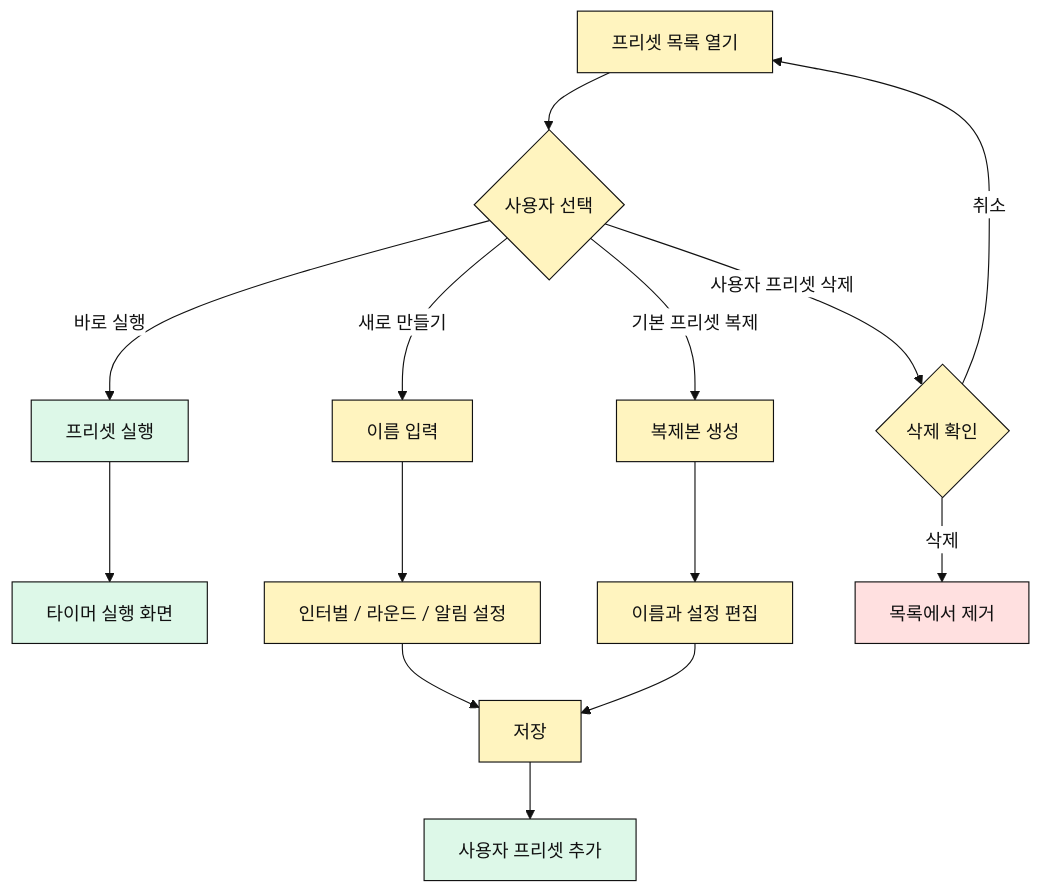
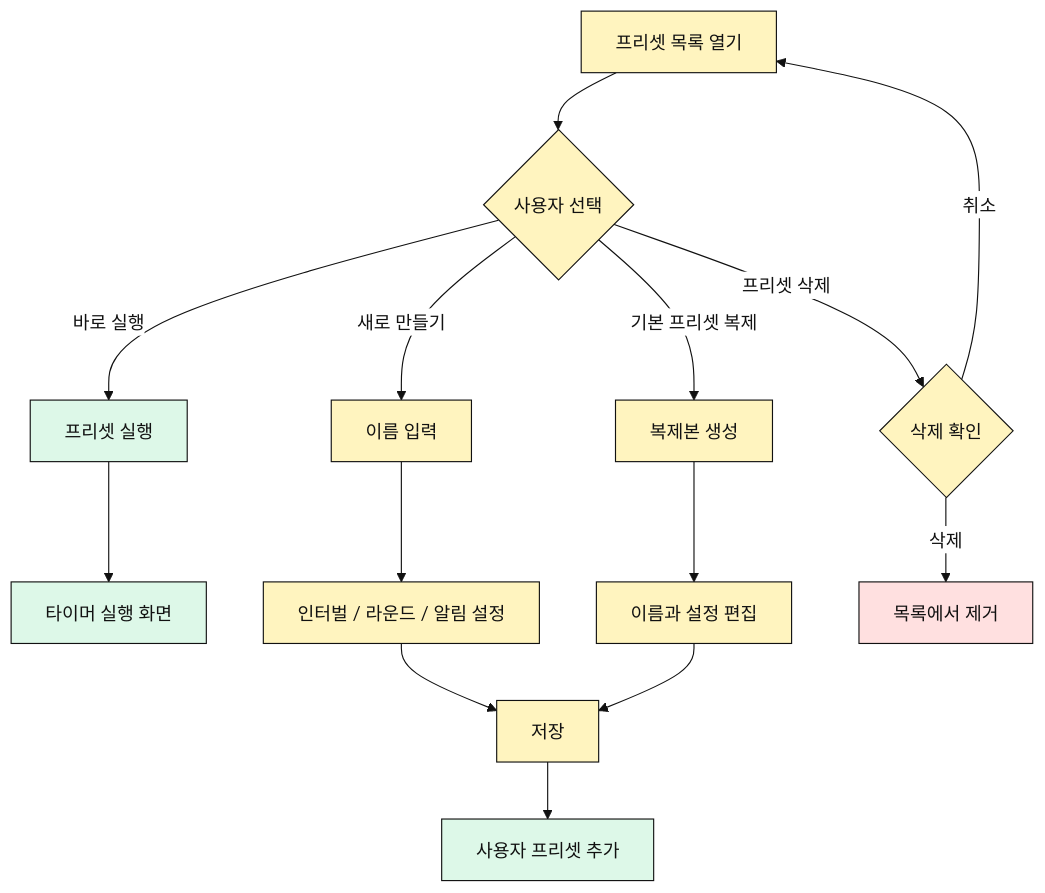
One commit to KalGookSoo/tempo changed the diagram in docs/use-cases/preset-management.md. Above: the diagram before and after it, drawn with Mermaid. The commit also changed other lines of this file and 15 other files, not shown here.

````diff
--- a/docs/use-cases/preset-management.md
+++ b/docs/use-cases/preset-management.md
@@ -42,24 +42,24 @@
 ```mermaid
 %%{init: {"theme": "base", "themeVariables": {"background": "transparent", "primaryColor": "#FFFFFF", "primaryTextColor": "#111111", "primaryBorderColor": "#111111", "lineColor": "#111111", "tertiaryColor": "#F7F7F2"}}}%%
 flowchart TD
   A["프리셋 목록 열기"] --> B{"사용자 선택"}
   B -- "바로 실행" --> C["프리셋 실행"]
   B -- "새로 만들기" --> D["이름 입력"]
   D --> E["인터벌 / 라운드 / 알림 설정"]
   E --> F["저장"]
   F --> G["사용자 프리셋 추가"]
   B -- "기본 프리셋 복제" --> H["복제본 생성"]
   H --> I["이름과 설정 편집"]
   I --> F
-  B -- "사용자 프리셋 삭제" --> J{"삭제 확인"}
+  B -- "프리셋 삭제" --> J{"삭제 확인"}
   J -- "취소" --> A
   J -- "삭제" --> K["목록에서 제거"]
   C --> L["타이머 실행 화면"]
 
   classDef action fill:#FFF4BF,stroke:#111111,color:#111111;
   classDef done fill:#DDF8E8,stroke:#111111,color:#111111;
   classDef error fill:#FFE0E0,stroke:#111111,color:#111111;
   class A,B,D,E,F,H,I,J action;
   class C,G,L done;
   class K error;
 ```
````
